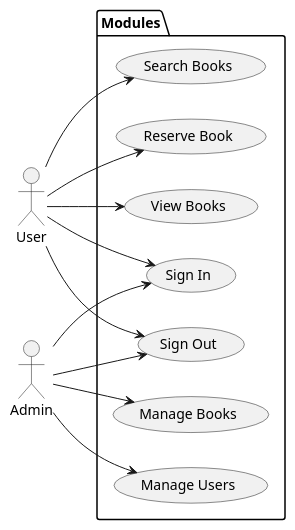
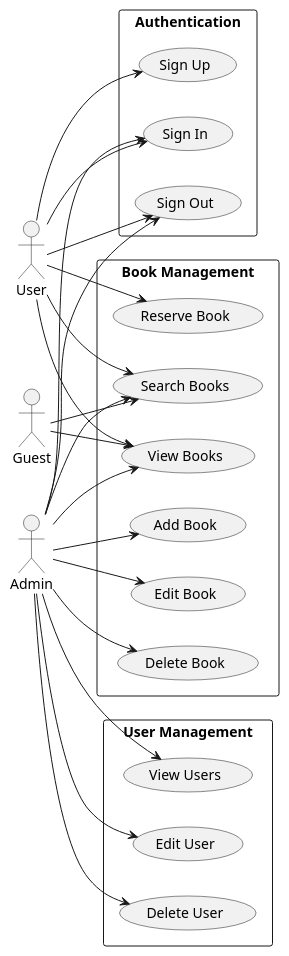
Before and after one commit to matthew41308/HKMU_FYP: the diagram in web_app/output.puml, drawn with PlantUML. The commit also changed 2 other files, not shown here.

```diff
--- a/web_app/output.puml
+++ b/web_app/output.puml
@@ -1,28 +1,51 @@
 @startuml
 left to right direction
+skinparam packageStyle rectangle
 
-actor User
-actor Admin
+actor "Admin" as Admin
+actor "User" as User
+actor "Guest" as Guest
 
-package "Modules" {
-    usecase "Sign In" as UC_SignIn
-    usecase "Sign Out" as UC_SignOut
-    usecase "View Books" as UC_ViewBooks
-    usecase "Search Books" as UC_SearchBooks
-    usecase "Reserve Book" as UC_ReserveBook
-    usecase "Manage Users" as UC_ManageUsers
-    usecase "Manage Books" as UC_ManageBooks
+package "Authentication" {
+  usecase "Sign In" as UC_SignIn
+  usecase "Sign Out" as UC_SignOut
+  usecase "Sign Up" as UC_SignUp
 }
+
+package "Book Management" {
+  usecase "View Books" as UC_ViewBooks
+  usecase "Search Books" as UC_SearchBooks
+  usecase "Reserve Book" as UC_ReserveBook
+  usecase "Add Book" as UC_AddBook
+  usecase "Edit Book" as UC_EditBook
+  usecase "Delete Book" as UC_DeleteBook
+}
+
+package "User Management" {
+  usecase "View Users" as UC_ViewUsers
+  usecase "Edit User" as UC_EditUser
+  usecase "Delete User" as UC_DeleteUser
+}
+
+Admin --> UC_SignIn
+Admin --> UC_SignOut
+Admin --> UC_ViewBooks
+Admin --> UC_SearchBooks
+Admin --> UC_AddBook
+Admin --> UC_EditBook
+Admin --> UC_DeleteBook
+Admin --> UC_ViewUsers
+Admin --> UC_EditUser
+Admin --> UC_DeleteUser
 
 User --> UC_SignIn
 User --> UC_SignOut
+User --> UC_SignUp
 User --> UC_ViewBooks
 User --> UC_SearchBooks
 User --> UC_ReserveBook
 
-Admin --> UC_SignIn
-Admin --> UC_SignOut
-Admin --> UC_ManageUsers
-Admin --> UC_ManageBooks
+Guest --> UC_ViewBooks
+Guest --> UC_SearchBooks
 
 @enduml
```
